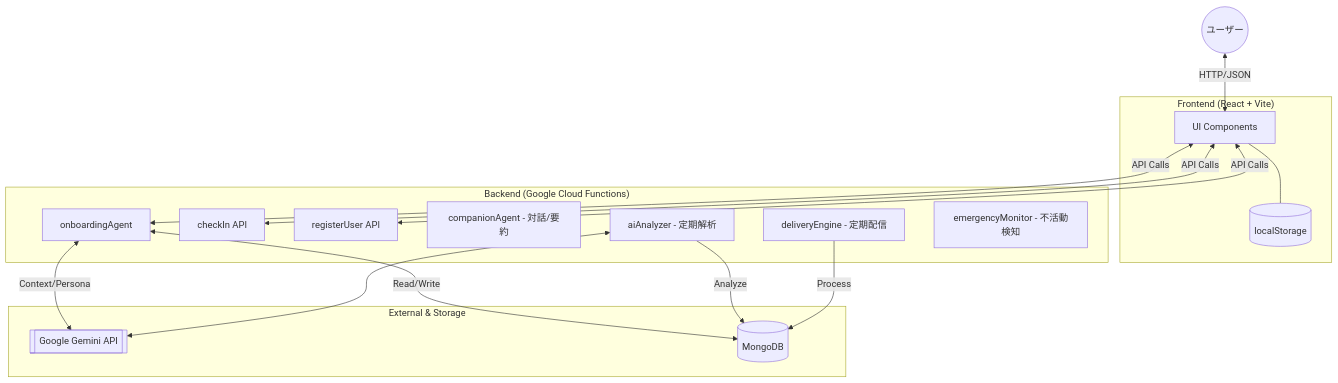
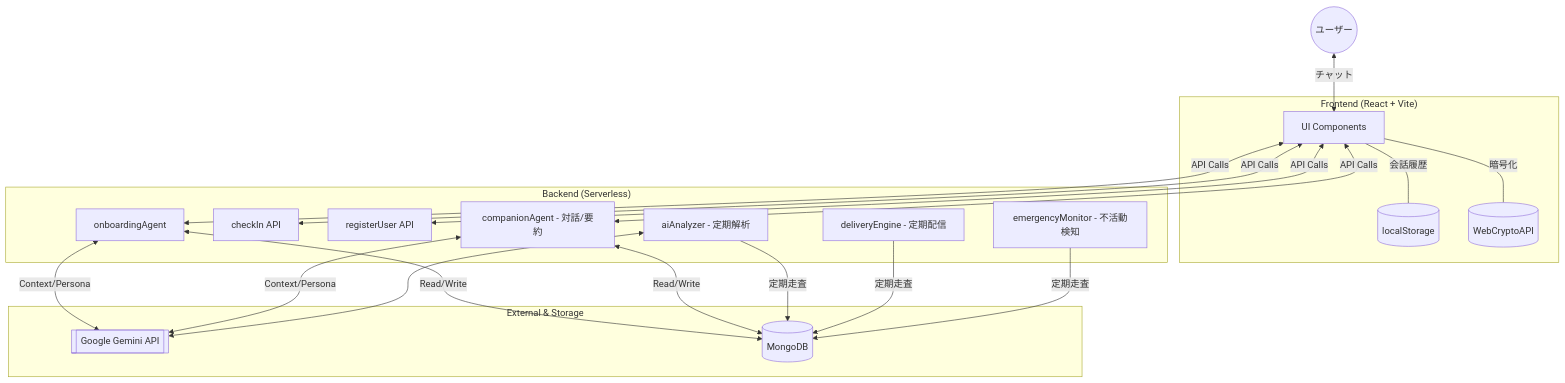
One commit to jerrywdlee/amber-ink changed the first of 2 diagrams in SYSTEM_SUMMARY.md. Above: the diagram before and after it, drawn with Mermaid.

Commit message:
docs: Update system summary documentation.

````diff
--- a/SYSTEM_SUMMARY.md
+++ b/SYSTEM_SUMMARY.md
@@ -12,39 +12,49 @@
 ```mermaid
 graph TD
     User((ユーザー))
     
     subgraph "Frontend (React + Vite)"
         UI[UI Components]
         LocalDB[(localStorage)]
+        Crypto[(WebCryptoAPI)]
     end
     
-    subgraph "Backend (Google Cloud Functions)"
+    subgraph "Backend (Serverless)"
         OnboardingAgent[onboardingAgent]
         CheckIn[checkIn API]
         DataMgr[registerUser API]
         Companion[companionAgent - 対話/要約]
         AIAnalyzer[aiAnalyzer - 定期解析]
         Delivery[deliveryEngine - 定期配信]
         Emergency[emergencyMonitor - 不活動検知]
     end
     
     subgraph "External & Storage"
         Gemini[[Google Gemini API]]
         MongoDB[(MongoDB)]
     end
 
-    User <-->|HTTP/JSON| UI
+    User <-->|チャット| UI
     UI <-->|API Calls| OnboardingAgent
     UI <-->|API Calls| CheckIn
     UI <-->|API Calls| DataMgr
+    UI <-->|API Calls| Companion
     
     OnboardingAgent <-->|Context/Persona| Gemini
     OnboardingAgent <-->|Read/Write| MongoDB
     
-    AIAnalyzer -->|Analyze| MongoDB
+    Companion <-->|Read/Write| MongoDB
+    Companion <-->|Context/Persona| Gemini
+
+    AIAnalyzer -->|定期走査| MongoDB
     AIAnalyzer <--> Gemini
+
+
     
-    Delivery -->|Process| MongoDB
+    Delivery -->|定期走査| MongoDB
+
+    Emergency -->|定期走査| MongoDB
     
-    UI --- LocalDB
+    UI --- |会話履歴| LocalDB
+    UI --- |暗号化| Crypto
 ```
````
